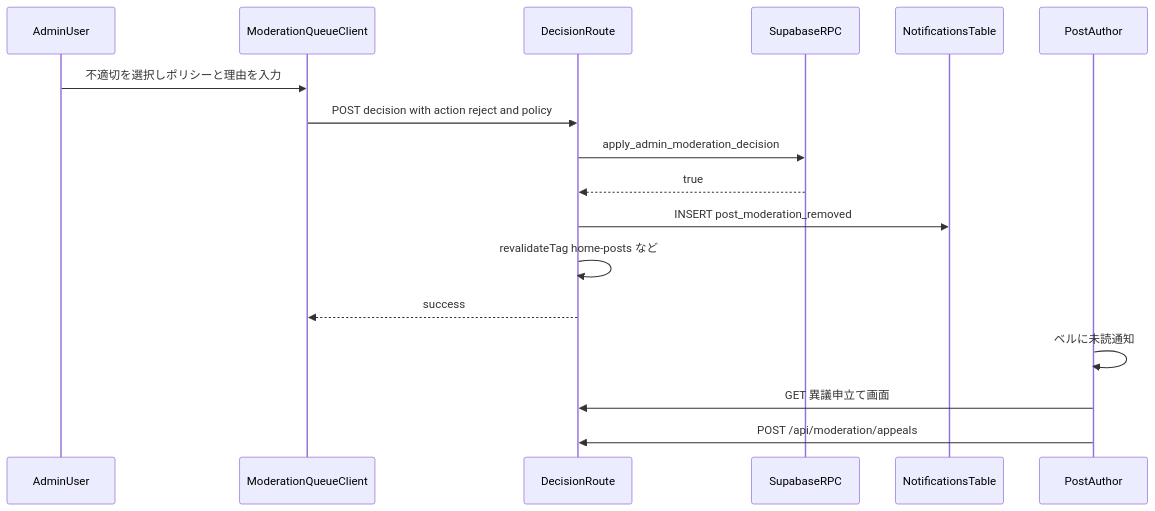
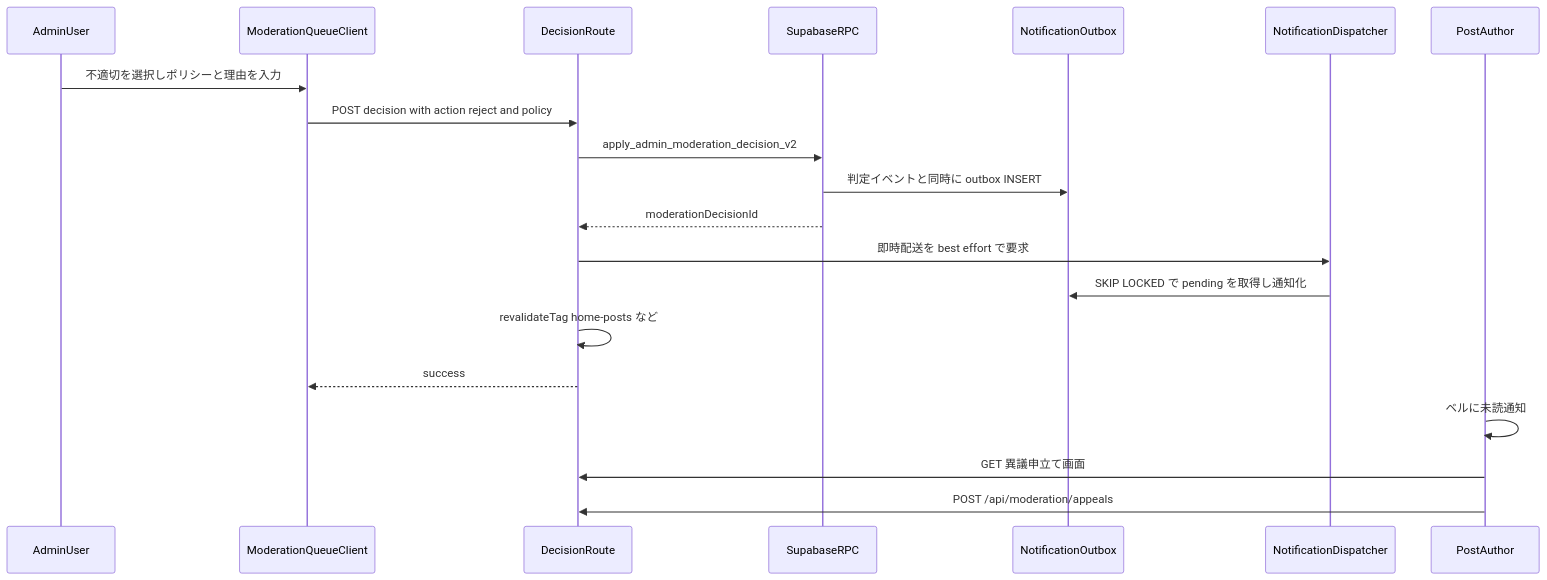
Before and after one commit to 3balljugglerYu/ai_coordinate: the third of 5 diagrams in docs/planning/post-moderation-notification-implementation-plan.md, drawn with Mermaid. The commit also changed other lines of this file, not shown here.

Commit message:
docs: harden post moderation notification plan

````diff
--- a/docs/planning/post-moderation-notification-implementation-plan.md
+++ b/docs/planning/post-moderation-notification-implementation-plan.md
@@ -132,19 +147,22 @@
 ```mermaid
 sequenceDiagram
     participant Admin as AdminUser
     participant QC as ModerationQueueClient
     participant API as DecisionRoute
     participant RPC as SupabaseRPC
-    participant NT as NotificationsTable
+    participant OB as NotificationOutbox
+    participant DS as NotificationDispatcher
     participant Author as PostAuthor
     Admin->>QC: 不適切を選択しポリシーと理由を入力
     QC->>API: POST decision with action reject and policy
-    API->>RPC: apply_admin_moderation_decision
-    RPC-->>API: true
-    API->>NT: INSERT post_moderation_removed
+    API->>RPC: apply_admin_moderation_decision_v2
+    RPC->>OB: 判定イベントと同時に outbox INSERT
+    RPC-->>API: moderationDecisionId
+    API->>DS: 即時配送を best effort で要求
+    DS->>OB: SKIP LOCKED で pending を取得し通知化
     API->>API: revalidateTag home-posts など
     API-->>QC: success
     Author->>Author: ベルに未読通知
     Author->>API: GET 異議申立て画面
     Author->>API: POST /api/moderation/appeals
 ```
````
